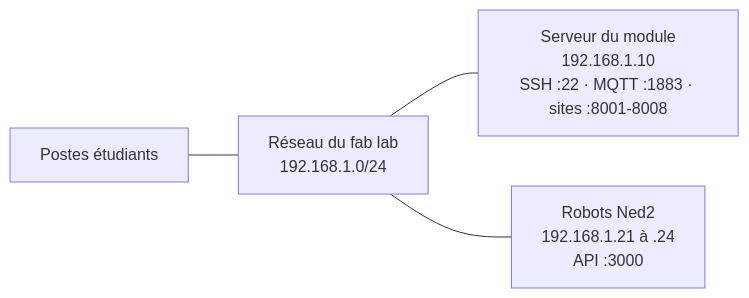
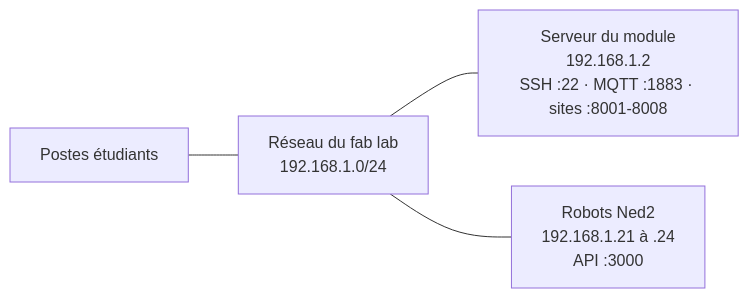
Before and after one commit to fabrice1618/niryo2: the fifth of 6 diagrams in README.md, drawn with Mermaid. The commit also changed 46 other files, not shown here.

First line of the commit message:
Serveur du module en 192.168.1.2 pour les deux NUC, scripts d'installation

````diff
--- a/README.md
+++ b/README.md
@@ -207,6 +207,6 @@
 ```mermaid
 flowchart LR
     PE["Postes étudiants"] --- SW["Réseau du fab lab<br/>192.168.1.0/24"]
-    SW --- SV["Serveur du module<br/>192.168.1.10<br/>SSH :22 · MQTT :1883 · sites :8001-8008"]
+    SW --- SV["Serveur du module<br/>192.168.1.2<br/>SSH :22 · MQTT :1883 · sites :8001-8008"]
     SW --- ROB["Robots Ned2<br/>192.168.1.21 à .24<br/>API :3000"]
 ```
````
